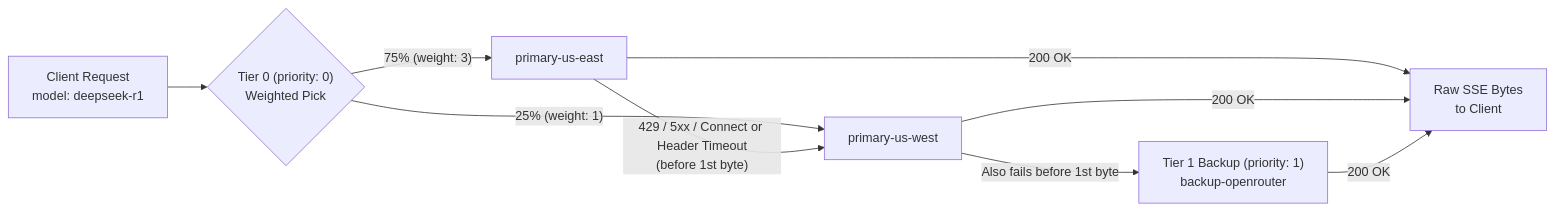
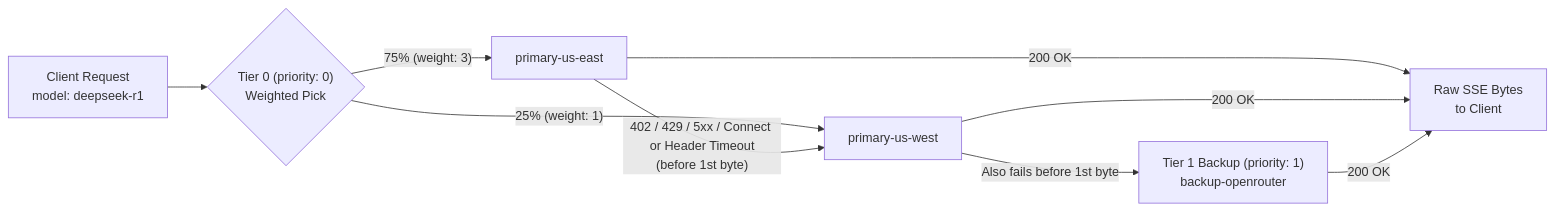
One commit to EeroEternal/xlite changed the diagram in docs/architecture.md. Above: the diagram before and after it, drawn with Mermaid. The commit also changed other lines of this file and 8 other files, not shown here.

````diff
--- a/docs/architecture.md
+++ b/docs/architecture.md
@@ -107,11 +107,11 @@
 ```mermaid
 flowchart LR
     Req["Client Request\nmodel: deepseek-r1"] --> T0{"Tier 0 (priority: 0)\nWeighted Pick"}
     T0 -->|"75% (weight: 3)"| C1["primary-us-east"]
     T0 -->|"25% (weight: 1)"| C2["primary-us-west"]
-    C1 -->|"429 / 5xx / Connect or Header Timeout\n(before 1st byte)"| C2
+    C1 -->|"402 / 429 / 5xx / Connect or Header Timeout\n(before 1st byte)"| C2
     C2 -->|"Also fails before 1st byte"| C3["Tier 1 Backup (priority: 1)\nbackup-openrouter"]
     C1 -->|"200 OK"| Stream["Raw SSE Bytes\nto Client"]
     C2 -->|"200 OK"| Stream
     C3 -->|"200 OK"| Stream
 ```
````
